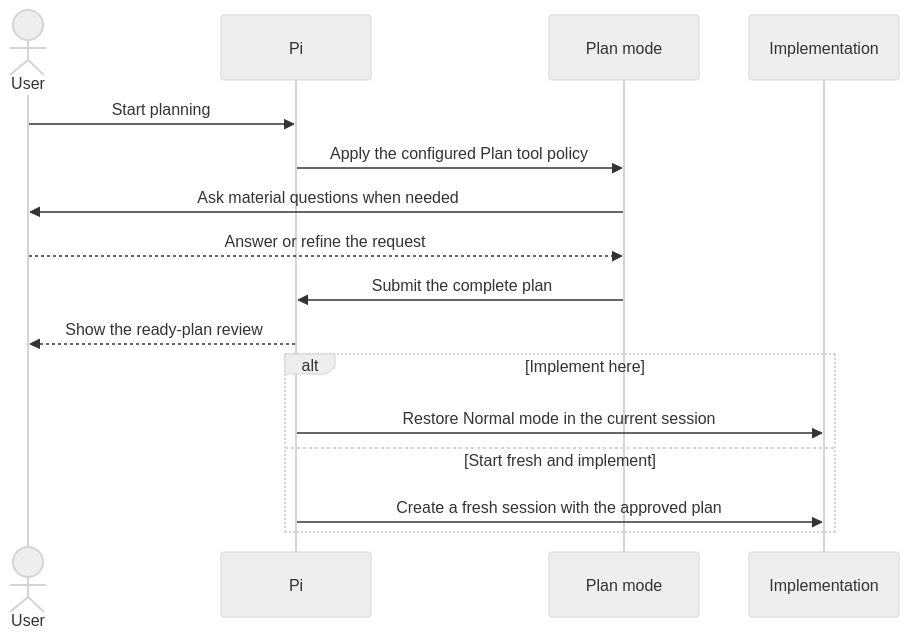
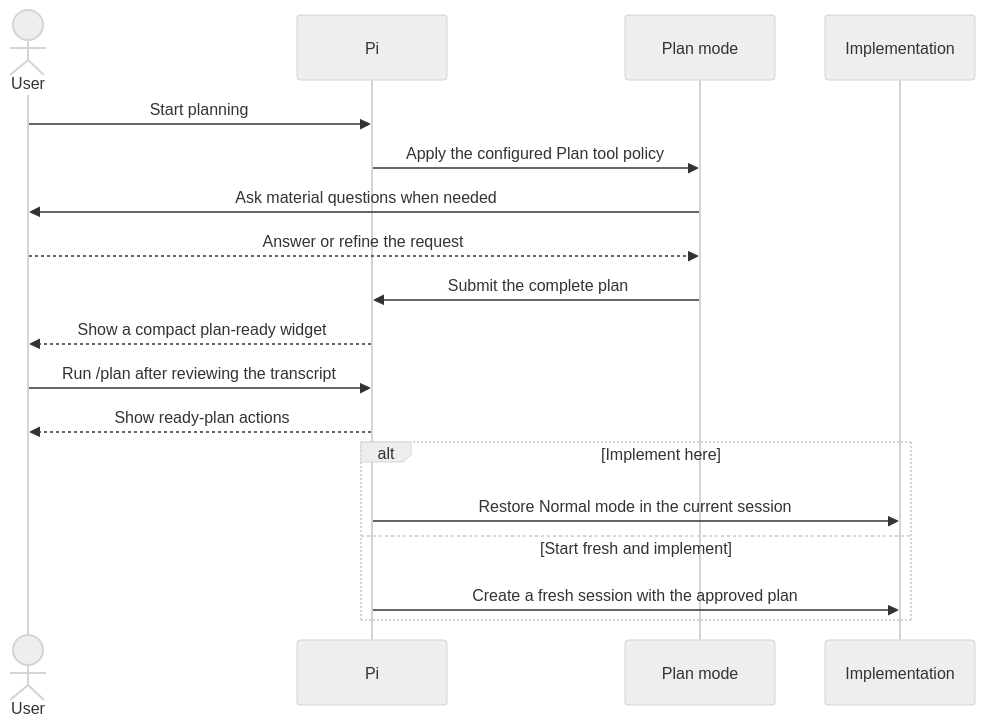
One commit to nredd/pi-harness changed the second of 2 diagrams in README.md. Above: the diagram before and after it, drawn with Mermaid (neutral theme). The commit also changed other lines of this file and 12 other files, not shown here.

````diff
--- a/README.md
+++ b/README.md
@@ -78,19 +79,21 @@
 ```mermaid
 sequenceDiagram
     actor User
     participant Pi
     participant Plan as Plan mode
     participant Work as Implementation
 
     User->>Pi: Start planning
     Pi->>Plan: Apply the configured Plan tool policy
     Plan->>User: Ask material questions when needed
     User-->>Plan: Answer or refine the request
     Plan->>Pi: Submit the complete plan
-    Pi-->>User: Show the ready-plan review
+    Pi-->>User: Show a compact plan-ready widget
+    User->>Pi: Run /plan after reviewing the transcript
+    Pi-->>User: Show ready-plan actions
     alt Implement here
         Pi->>Work: Restore Normal mode in the current session
     else Start fresh and implement
         Pi->>Work: Create a fresh session with the approved plan
     end
 ```
````
